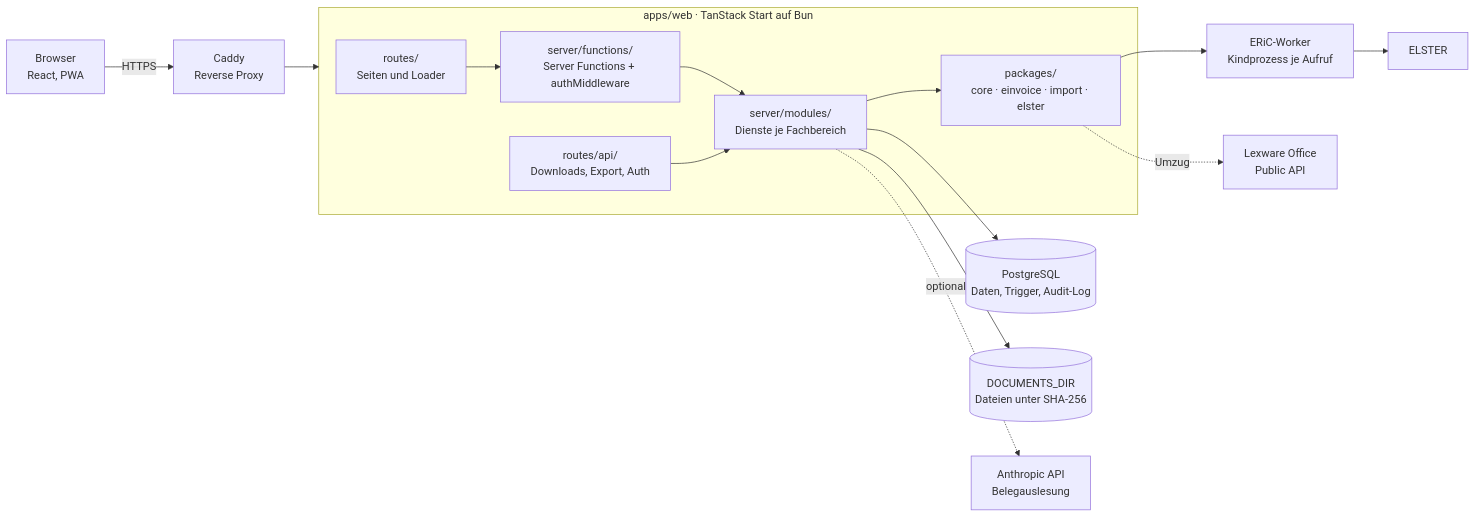
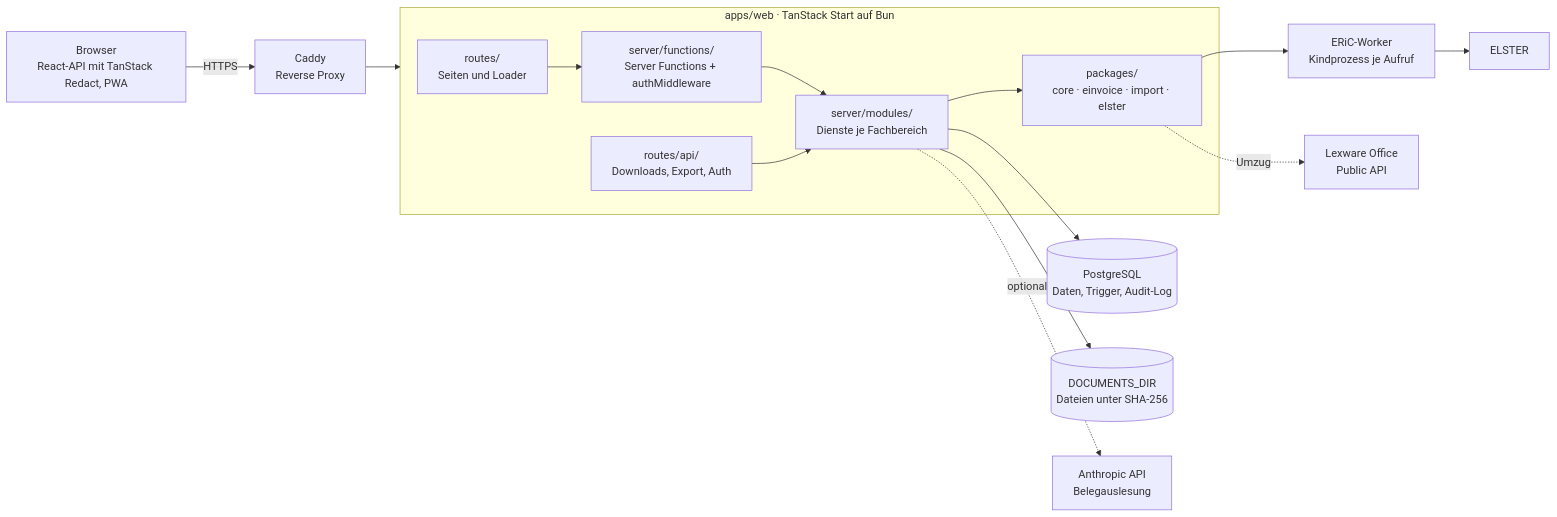
The diagram in docs/architektur.md (firsttris/haben), drawn with Mermaid before and after one commit. The commit also changed other lines of this file and 4 other files, not shown here.

First line of the commit message:
TanStack Redact statt React im Browser und beim SSR

````diff
--- a/docs/architektur.md
+++ b/docs/architektur.md
@@ -7,19 +7,19 @@
 ```mermaid
 flowchart LR
-  Browser["Browser<br/>React, PWA"] -->|HTTPS| Caddy["Caddy<br/>Reverse Proxy"]
+  Browser["Browser<br/>React-API mit TanStack Redact, PWA"] -->|HTTPS| Caddy["Caddy<br/>Reverse Proxy"]
   Caddy --> Web
 
   subgraph Web["apps/web · TanStack Start auf Bun"]
     Routes["routes/<br/>Seiten und Loader"] --> Functions["server/functions/<br/>Server Functions + authMiddleware"]
     Api["routes/api/<br/>Downloads, Export, Auth"]
     Functions --> Services["server/modules/<br/>Dienste je Fachbereich"]
     Api --> Services
     Services --> Packages["packages/<br/>core · einvoice · import · elster"]
   end
 
   Services --> Postgres[("PostgreSQL<br/>Daten, Trigger, Audit-Log")]
   Services --> Files[("DOCUMENTS_DIR<br/>Dateien unter SHA-256")]
   Packages --> Worker["ERiC-Worker<br/>Kindprozess je Aufruf"] --> Elster["ELSTER"]
   Services -.->|optional| Anthropic["Anthropic API<br/>Belegauslesung"]
   Packages -.->|Umzug| Lexware["Lexware Office<br/>Public API"]
 ```
````
